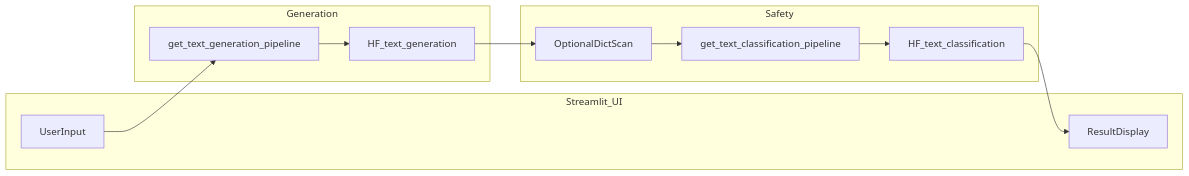
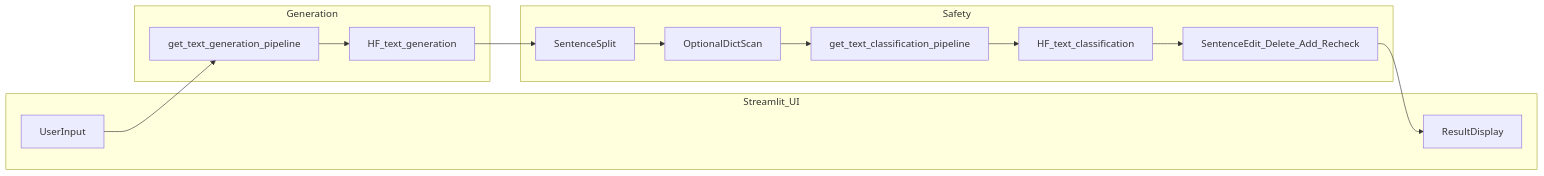
The diagram in docs/01_总功能流程.md (echo04666/deep_learning), drawn with Mermaid before and after one commit. The commit also changed other lines of this file and 7 other files, not shown here.

First line of the commit message:
feat(app): toxic classification pipeline, two-step Streamlit flow, docs

````diff
--- a/docs/01_总功能流程.md
+++ b/docs/01_总功能流程.md
@@ -37,22 +39,26 @@
 ```mermaid
 flowchart LR
   subgraph ui [Streamlit_UI]
     input[UserInput]
     display[ResultDisplay]
   end
   subgraph gen [Generation]
     getGen[get_text_generation_pipeline]
     genPipe[HF_text_generation]
   end
   subgraph safety [Safety]
+    splitSentence[SentenceSplit]
     dictScan[OptionalDictScan]
     getCls[get_text_classification_pipeline]
     clsPipe[HF_text_classification]
+    reviewEdit[SentenceEdit_Delete_Add_Recheck]
   end
   input --> getGen
   getGen --> genPipe
-  genPipe --> dictScan
+  genPipe --> splitSentence
+  splitSentence --> dictScan
   dictScan --> getCls
   getCls --> clsPipe
-  clsPipe --> display
+  clsPipe --> reviewEdit
+  reviewEdit --> display
 ```
````
